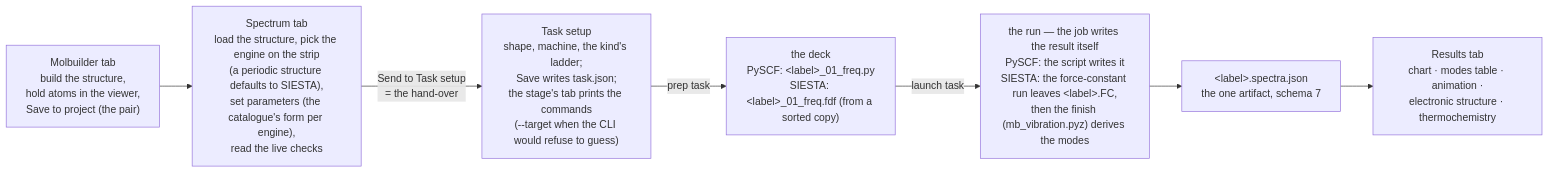
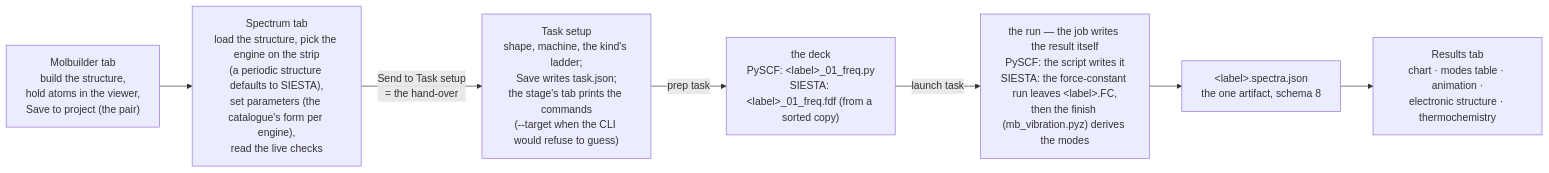
One commit to Qing-LAB/molbuilder changed the first of 2 diagrams in docs/engines/vibration.md. Above: the diagram before and after it, drawn with Mermaid. The commit also changed other lines of this file and 24 other files, not shown here.

````diff
--- a/docs/engines/vibration.md
+++ b/docs/engines/vibration.md
@@ -185,9 +185,9 @@
 ```mermaid
 flowchart LR
   M["Molbuilder tab<br/>build the structure,<br/>hold atoms in the viewer,<br/>Save to project (the pair)"] --> S["Spectrum tab<br/>load the structure, pick the engine on the strip<br/>(a periodic structure defaults to SIESTA),<br/>set parameters (the catalogue's form per engine),<br/>read the live checks"]
   S -->|"Send to Task setup<br/>= the hand-over"| T["Task setup<br/>shape, machine, the kind's ladder;<br/>Save writes task.json;<br/>the stage's tab prints the commands<br/>(--target when the CLI would refuse to guess)"]
   T -->|"prep task"| P["the deck<br/>PySCF: &lt;label&gt;_01_freq.py<br/>SIESTA: &lt;label&gt;_01_freq.fdf (from a sorted copy)"]
   P -->|"launch task"| R["the run — the job writes the result itself<br/>PySCF: the script writes it<br/>SIESTA: the force-constant run leaves &lt;label&gt;.FC,<br/>then the finish (mb_vibration.pyz) derives the modes"]
-  R --> A["&lt;label&gt;.spectra.json<br/>the one artifact, schema 7"]
+  R --> A["&lt;label&gt;.spectra.json<br/>the one artifact, schema 8"]
   A --> V["Results tab<br/>chart · modes table · animation ·<br/>electronic structure · thermochemistry"]
 ```
````
